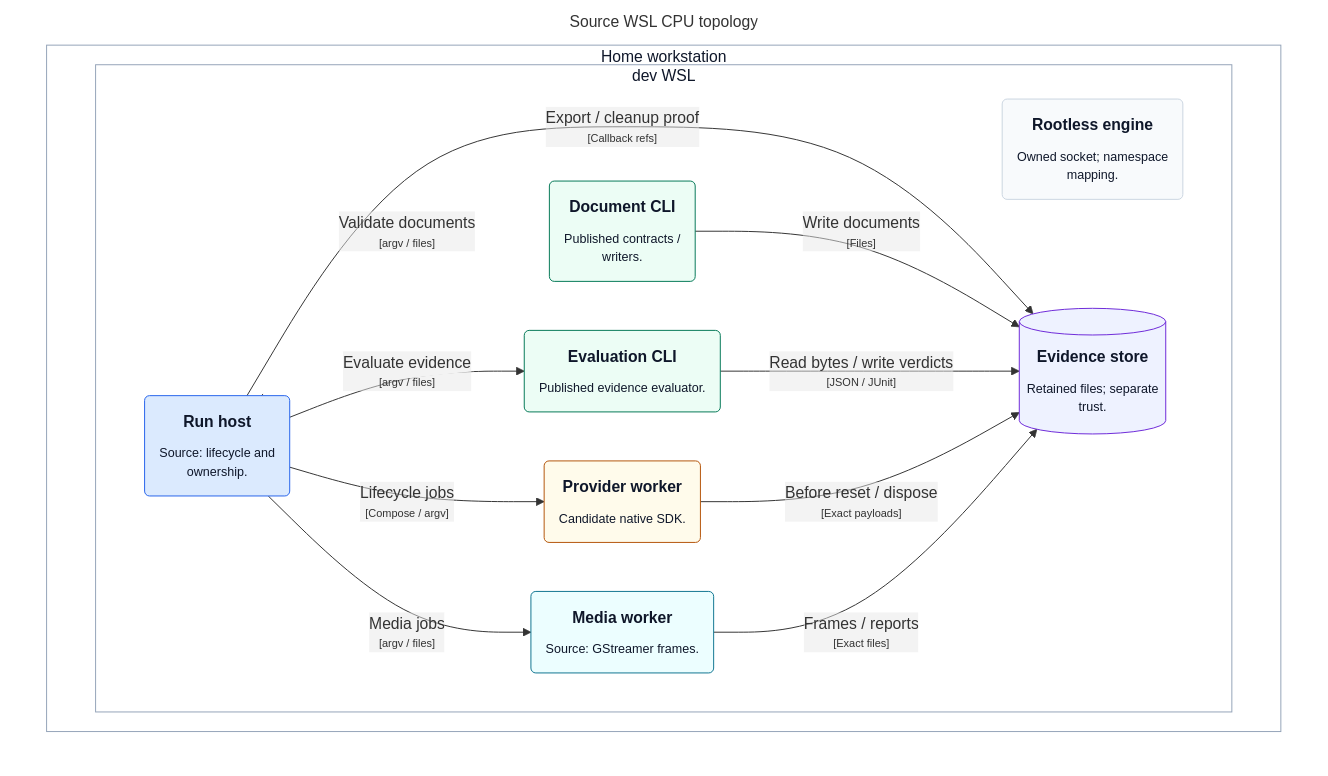
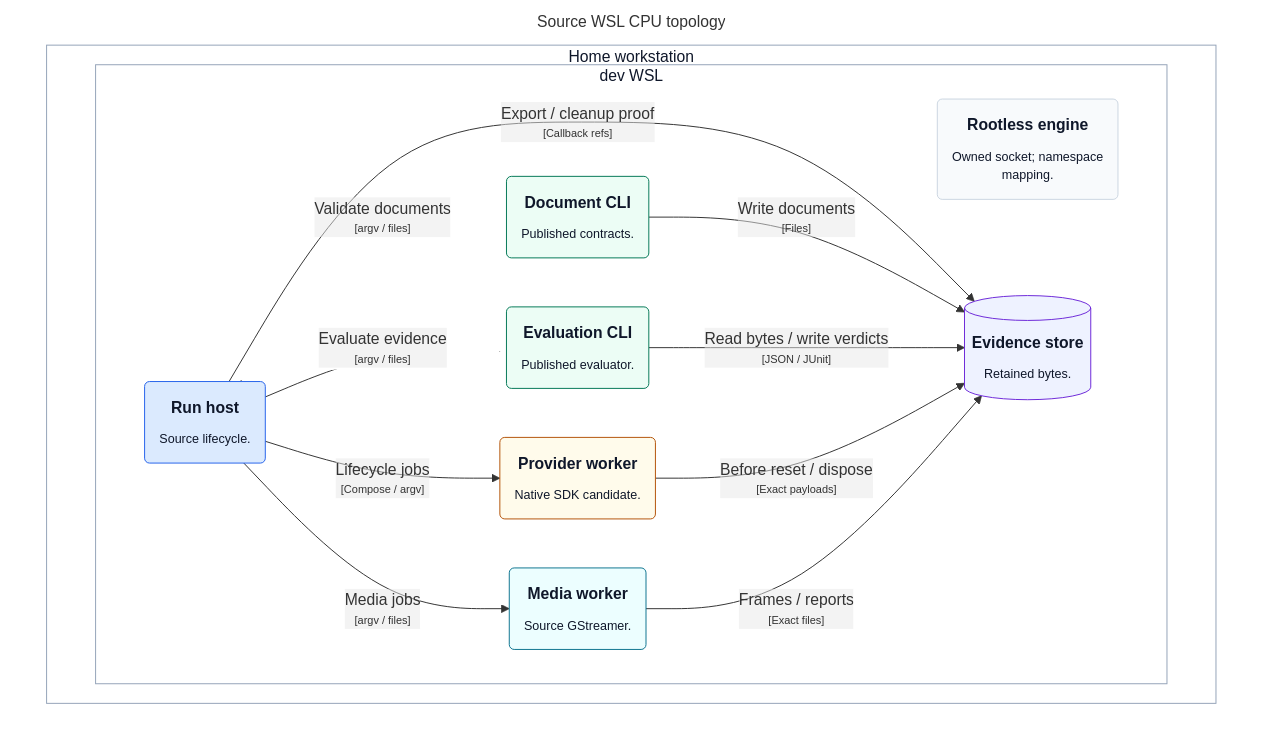
The diagram in docs/architecture/generated/structurizr-HomeDeployment.mmd (mmkolpakov/robotics-runtime), drawn with Mermaid before and after one commit. The commit also changed 10 other files, not shown here.

Commit message:
Shorten scope labels in architecture entry views

```diff
--- a/docs/architecture/generated/structurizr-HomeDeployment.mmd
+++ b/docs/architecture/generated/structurizr-HomeDeployment.mmd
@@ -1,41 +1,41 @@
 graph TB
   linkStyle default fill:#ffffff
 
   subgraph diagram ["Source WSL CPU topology"]
     style diagram fill:#ffffff,stroke:#ffffff
 
     subgraph 35 ["Home workstation"]
       style 35 fill:#ffffff,stroke:#94a3b8,color:#0f172a
 
       subgraph 36 ["dev WSL"]
         style 36 fill:#ffffff,stroke:#94a3b8,color:#0f172a
 
         37("<div style='font-weight: bold'>Rootless engine</div><div style='font-size: 80%; margin-top:10px'>Owned socket; namespace<br />mapping.</div>")
         style 37 fill:#f8fafc,stroke:#cbd5e1,color:#0f172a
-        38("<div style='font-weight: bold'>Run host</div><div style='font-size: 80%; margin-top:10px'>Source: lifecycle and<br />ownership.</div>")
+        38("<div style='font-weight: bold'>Run host</div><div style='font-size: 80%; margin-top:10px'>Source lifecycle.</div>")
         style 38 fill:#dbeafe,stroke:#2563eb,color:#0f172a
-        39("<div style='font-weight: bold'>Document CLI</div><div style='font-size: 80%; margin-top:10px'>Published contracts /<br />writers.</div>")
+        39("<div style='font-weight: bold'>Document CLI</div><div style='font-size: 80%; margin-top:10px'>Published contracts.</div>")
         style 39 fill:#ecfdf5,stroke:#047857,color:#0f172a
-        41("<div style='font-weight: bold'>Evaluation CLI</div><div style='font-size: 80%; margin-top:10px'>Published evidence evaluator.</div>")
+        41("<div style='font-weight: bold'>Evaluation CLI</div><div style='font-size: 80%; margin-top:10px'>Published evaluator.</div>")
         style 41 fill:#ecfdf5,stroke:#047857,color:#0f172a
-        43("<div style='font-weight: bold'>Provider worker</div><div style='font-size: 80%; margin-top:10px'>Candidate native SDK.</div>")
+        43("<div style='font-weight: bold'>Provider worker</div><div style='font-size: 80%; margin-top:10px'>Native SDK candidate.</div>")
         style 43 fill:#fffbeb,stroke:#b45309,color:#0f172a
-        45("<div style='font-weight: bold'>Media worker</div><div style='font-size: 80%; margin-top:10px'>Source: GStreamer frames.</div>")
+        45("<div style='font-weight: bold'>Media worker</div><div style='font-size: 80%; margin-top:10px'>Source GStreamer.</div>")
         style 45 fill:#ecfeff,stroke:#0e7490,color:#0f172a
-        47[("<div style='font-weight: bold'>Evidence store</div><div style='font-size: 80%; margin-top:10px'>Retained files; separate<br />trust.</div>")]
+        47[("<div style='font-weight: bold'>Evidence store</div><div style='font-size: 80%; margin-top:10px'>Retained bytes.</div>")]
         style 47 fill:#eef2ff,stroke:#6d28d9,color:#0f172a
       end
 
     end
 
     38-- "<div>Validate documents</div><div style='font-size: 70%'>[argv / files]</div>" -->39
     38-- "<div>Evaluate evidence</div><div style='font-size: 70%'>[argv / files]</div>" -->41
     38-- "<div>Lifecycle jobs</div><div style='font-size: 70%'>[Compose / argv]</div>" -->43
     38-- "<div>Media jobs</div><div style='font-size: 70%'>[argv / files]</div>" -->45
     38-- "<div>Export / cleanup proof</div><div style='font-size: 70%'>[Callback refs]</div>" -->47
     39-- "<div>Write documents</div><div style='font-size: 70%'>[Files]</div>" -->47
     41-- "<div>Read bytes / write verdicts</div><div style='font-size: 70%'>[JSON / JUnit]</div>" -->47
     43-- "<div>Before reset / dispose</div><div style='font-size: 70%'>[Exact payloads]</div>" -->47
     45-- "<div>Frames / reports</div><div style='font-size: 70%'>[Exact files]</div>" -->47
 
   end
```
